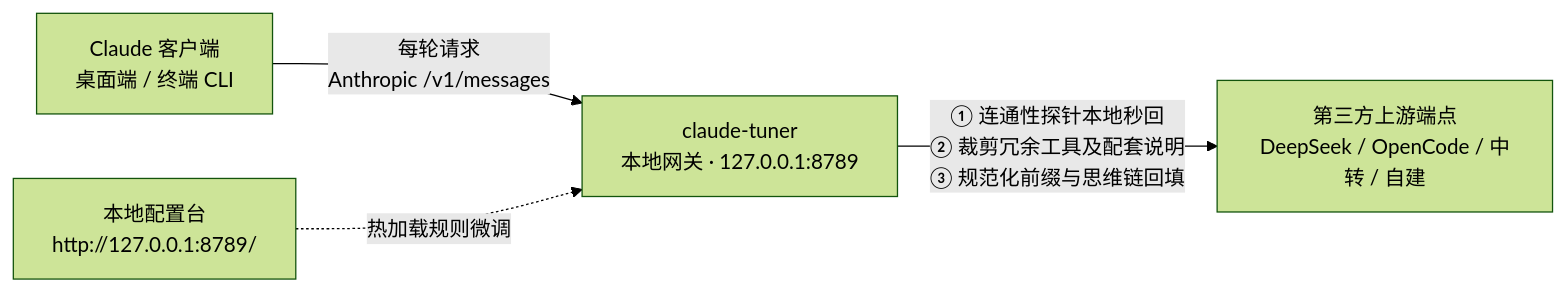
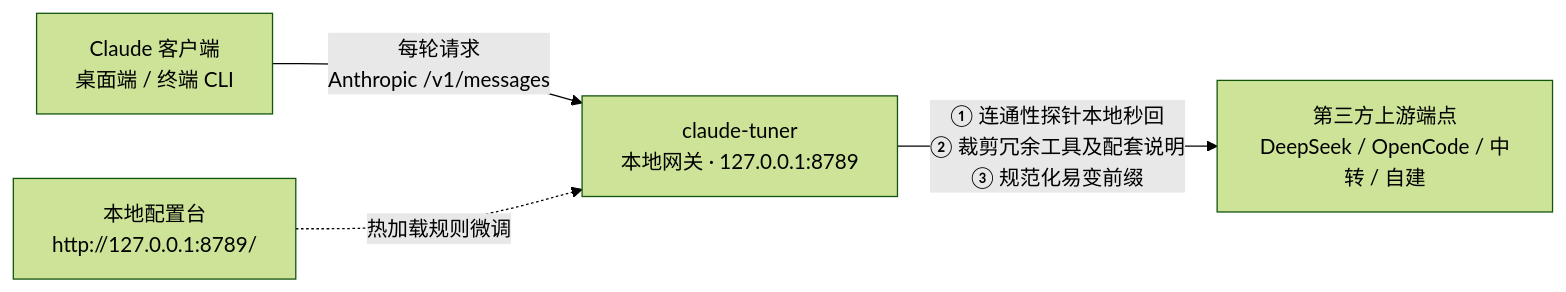
Before and after one commit to ls-open/claude-tuner: the diagram in README.md, drawn with Mermaid (forest theme). The commit also changed other lines of this file and 14 other files, not shown here.

````diff
--- a/README.md
+++ b/README.md
@@ -65,6 +69,6 @@
 ```mermaid
 flowchart LR
     C["Claude 客户端<br/>桌面端 / 终端 CLI"] -->|"每轮请求<br/>Anthropic /v1/messages"| G["claude-tuner<br/>本地网关 · 127.0.0.1:8789"]
-    G -->|"① 连通性探针本地秒回<br/>② 裁剪冗余工具及配套说明<br/>③ 规范化前缀与思维链回填"| U["第三方上游端点<br/>DeepSeek / OpenCode / 中转 / 自建"]
+    G -->|"① 连通性探针本地秒回<br/>② 裁剪冗余工具及配套说明<br/>③ 规范化易变前缀"| U["第三方上游端点<br/>DeepSeek / OpenCode / 中转 / 自建"]
     W["本地配置台<br/>http://127.0.0.1:8789/"] -.->|"热加载规则微调"| G
 ```
````
